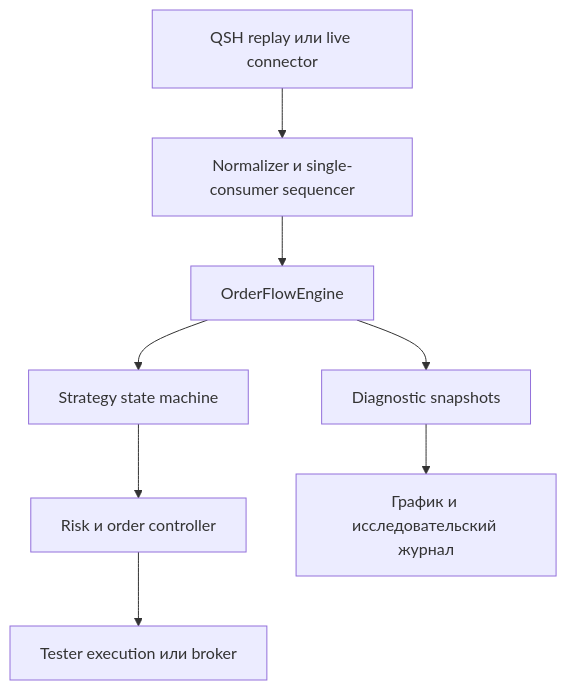
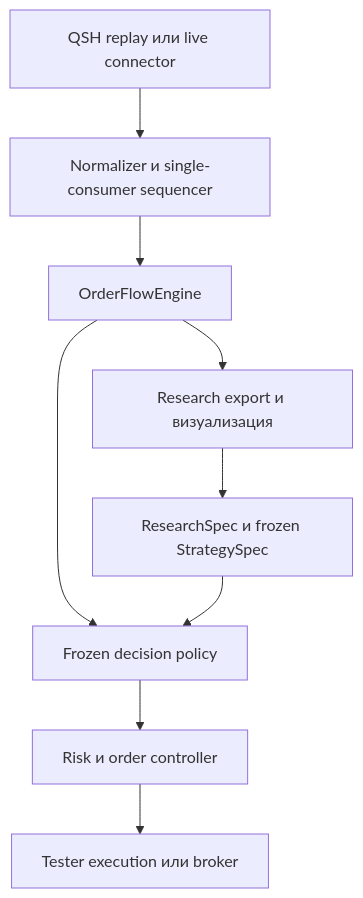
Before and after one commit to 2Rukin/OsEngine: the diagram in project/Documentation/OrderFlow/PRODUCTION_ROADMAP.md, drawn with Mermaid. The commit also changed other lines of this file and 9 other files, not shown here.

Commit message:
docs(order-flow): define research and execution contracts

````diff
--- a/project/Documentation/OrderFlow/PRODUCTION_ROADMAP.md
+++ b/project/Documentation/OrderFlow/PRODUCTION_ROADMAP.md
@@ -154,10 +159,11 @@
 ```mermaid
 flowchart TD
     A["QSH replay или live connector"] --> B["Normalizer и single-consumer sequencer"]
     B --> C["OrderFlowEngine"]
-    C --> D["Strategy state machine"]
-    D --> E["Risk и order controller"]
-    E --> F["Tester execution или broker"]
-    C --> G["Diagnostic snapshots"]
-    G --> H["График и исследовательский журнал"]
+    C --> D["Research export и визуализация"]
+    D --> E["ResearchSpec и frozen StrategySpec"]
+    C --> F["Frozen decision policy"]
+    E --> F
+    F --> G["Risk и order controller"]
+    G --> H["Tester execution или broker"]
 ```
````
